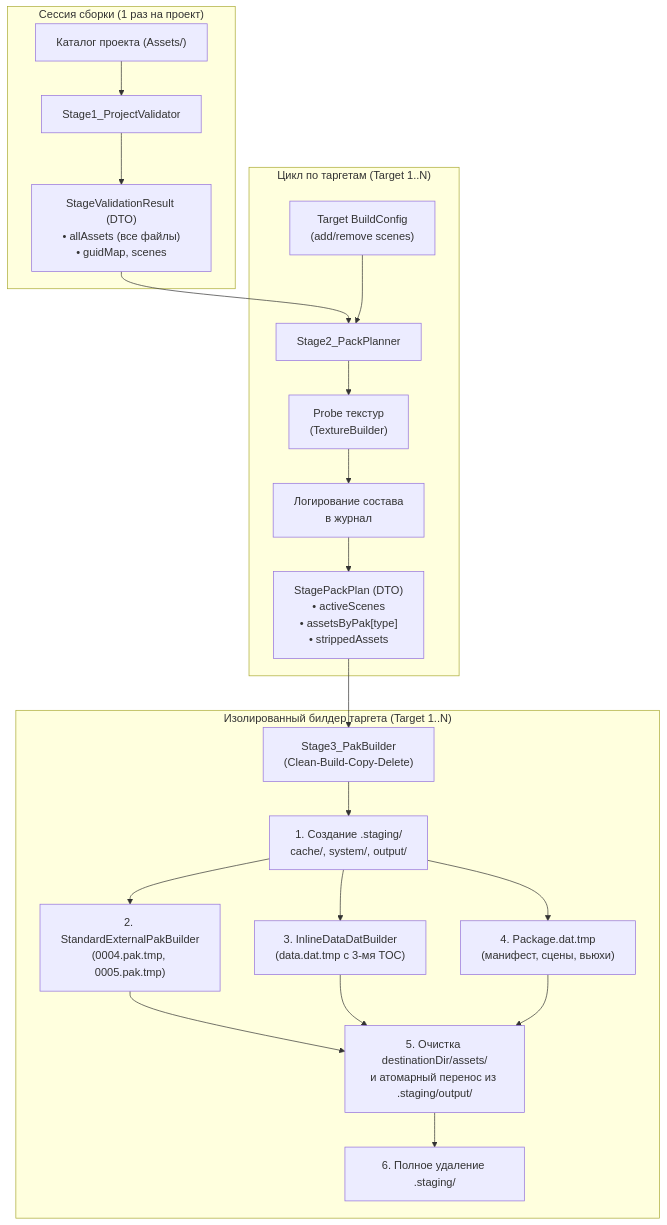
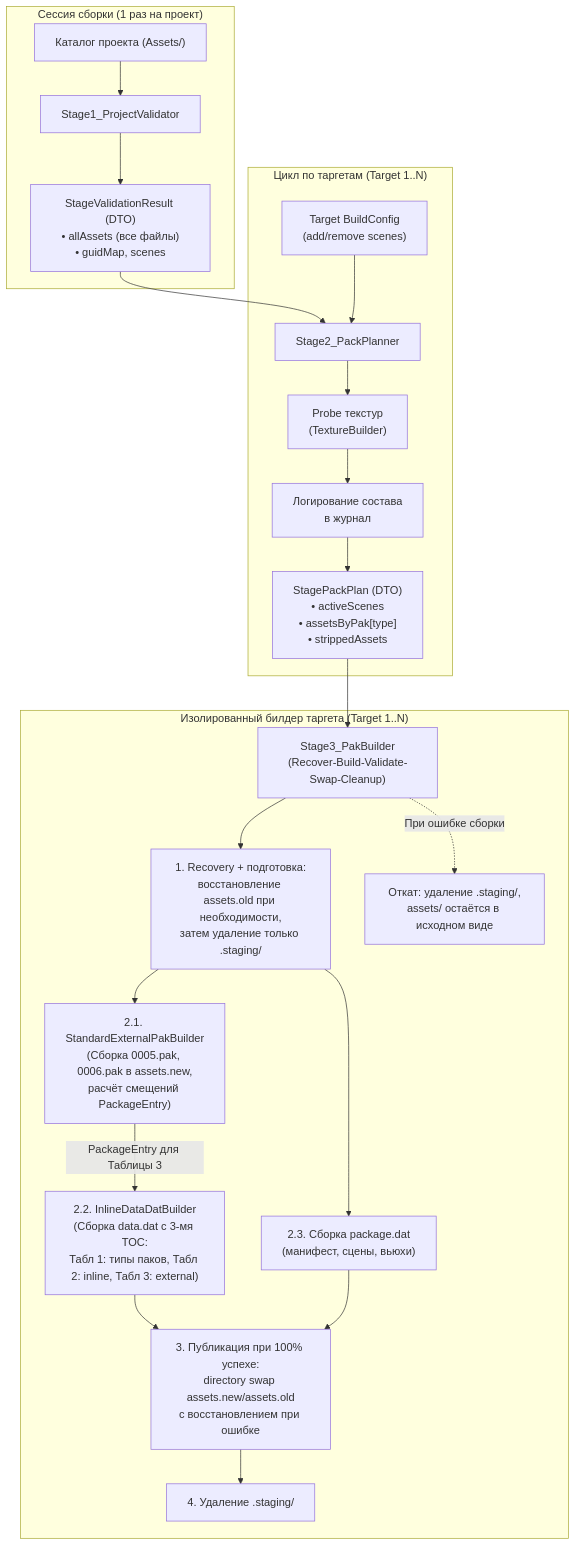
One commit to k119-55524/Zzz changed the diagram in current_plan/stage_26_multipak_toc_and_package_packer.md. Above: the diagram before and after it, drawn with Mermaid. The commit also changed other lines of this file and 1 other file, not shown here.

````diff
--- a/current_plan/stage_26_multipak_toc_and_package_packer.md
+++ b/current_plan/stage_26_multipak_toc_and_package_packer.md
@@ -131,25 +185,26 @@
 ```mermaid
 flowchart TD
     subgraph S1["Сессия сборки (1 раз на проект)"]
         ProjDir["Каталог проекта (Assets/)"] --> S1_Val["Stage1_ProjectValidator"]
         S1_Val --> ValDTO["StageValidationResult (DTO)<br/>• allAssets (все файлы)<br/>• guidMap, scenes"]
     end
 
     subgraph S2["Цикл по таргетам (Target 1..N)"]
         ValDTO --> S2_Plan["Stage2_PackPlanner"]
         Cfg["Target BuildConfig<br/>(add/remove scenes)"] --> S2_Plan
         S2_Plan --> Probe["Probe текстур<br/>(TextureBuilder)"]
         Probe --> LogTable["Логирование состава<br/>в журнал"]
         LogTable --> PlanDTO["StagePackPlan (DTO)<br/>• activeScenes<br/>• assetsByPak[type]<br/>• strippedAssets"]
     end
 
     subgraph S3["Изолированный билдер таргета (Target 1..N)"]
-        PlanDTO --> S3_Build["Stage3_PakBuilder<br/>(Clean-Build-Copy-Delete)"]
-        S3_Build --> Staging["1. Создание .staging/<br/>cache/, system/, output/"]
-        Staging --> BakeExt["2. StandardExternalPakBuilder<br/>(0004.pak.tmp, 0005.pak.tmp)"]
-        Staging --> BakeInl["3. InlineDataDatBuilder<br/>(data.dat.tmp с 3-мя TOC)"]
-        Staging --> BakePkg["4. Package.dat.tmp<br/>(манифест, сцены, вьюхи)"]
-        BakeExt & BakeInl & BakePkg --> AtomicCopy["5. Очистка destinationDir/assets/<br/>и атомарный перенос из .staging/output/"]
-        AtomicCopy --> Cleanup["6. Полное удаление .staging/"]
+        PlanDTO --> S3_Build["Stage3_PakBuilder<br/>(Recover-Build-Validate-Swap-Cleanup)"]
+        S3_Build --> Staging["1. Recovery + подготовка:<br/>восстановление assets.old при необходимости,<br/>затем удаление только .staging/"]
+        Staging --> BakeExt["2.1. StandardExternalPakBuilder<br/>(Сборка 0005.pak, 0006.pak в assets.new,<br/>расчёт смещений PackageEntry)"]
+        BakeExt -->|PackageEntry для Таблицы 3| BakeInl["2.2. InlineDataDatBuilder<br/>(Сборка data.dat с 3-мя TOC:<br/>Табл 1: типы паков, Табл 2: inline, Табл 3: external)"]
+        Staging --> BakePkg["2.3. Сборка package.dat<br/>(манифест, сцены, вьюхи)"]
+        BakeInl & BakePkg --> AtomicCopy["3. Публикация при 100% успехе:<br/>directory swap assets.new/assets.old<br/>с восстановлением при ошибке"]
+        AtomicCopy --> Cleanup["4. Удаление .staging/"]
+        S3_Build -.->|При ошибке сборки| Rollback["Откат: удаление .staging/,<br/>assets/ остаётся в исходном виде"]
     end
 ```
````
